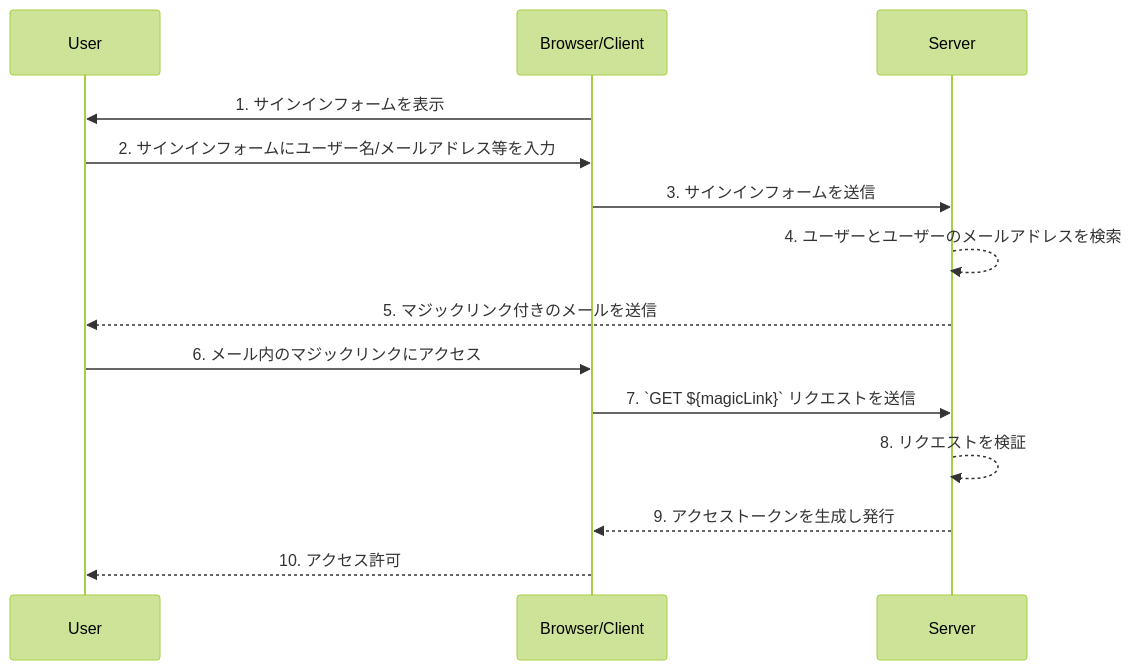
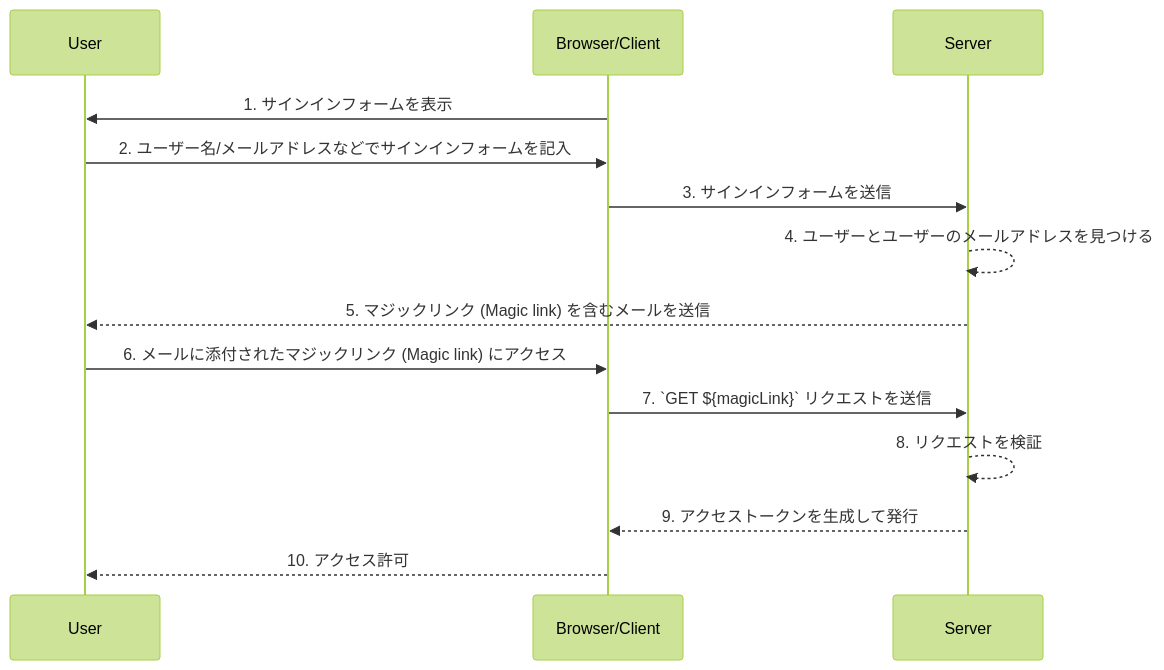
Before and after one commit to logto-io/auth-wiki: the diagram in src/content/terms/ja/magic-link.mdx, drawn with Mermaid (forest theme). The commit also changed other lines of this file and 98 other files, not shown here.

````diff
--- a/src/content/terms/ja/magic-link.mdx
+++ b/src/content/terms/ja/magic-link.mdx
@@ -31,16 +31,16 @@
 ```mermaid
 sequenceDiagram
     participant U as User
     participant B as Browser/Client
     participant S as Server
     B->>U: 1. サインインフォームを表示
-    U->>B: 2. サインインフォームにユーザー名/メールアドレス等を入力
+    U->>B: 2. ユーザー名/メールアドレスなどでサインインフォームを記入
     B->>S: 3. サインインフォームを送信
-    S-->>S: 4. ユーザーとユーザーのメールアドレスを検索
-    S-->>U: 5. マジックリンク付きのメールを送信
-    U->>B: 6. メール内のマジックリンクにアクセス
+    S-->>S: 4. ユーザーとユーザーのメールアドレスを見つける
+    S-->>U: 5. マジックリンク (Magic link) を含むメールを送信
+    U->>B: 6. メールに添付されたマジックリンク (Magic link) にアクセス
     B->>S: 7. `GET ${magicLink}` リクエストを送信
     S-->>S: 8. リクエストを検証
-    S-->>B: 9. アクセストークンを生成し発行
+    S-->>B: 9. アクセストークンを生成して発行
     B-->>U: 10. アクセス許可
 ```
````
